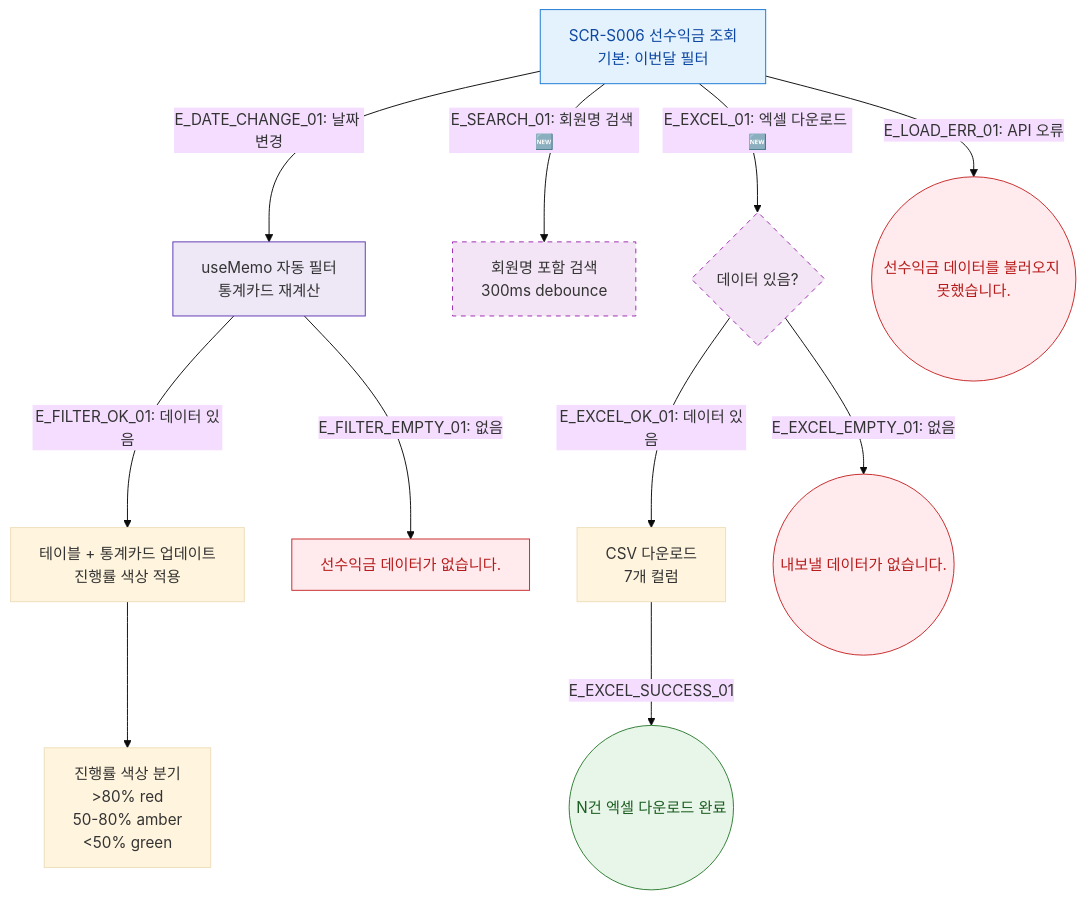
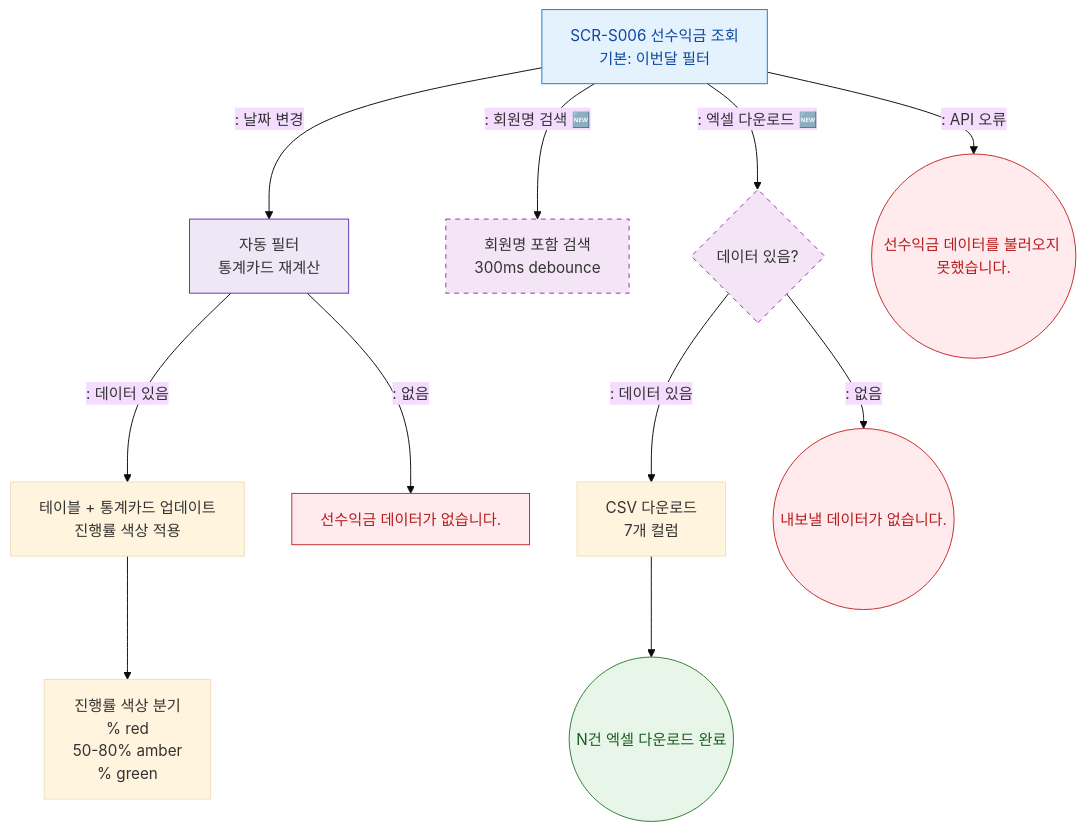
The diagram in docs/다이어그램/D03_매출관리/SCR-S006_선수익금조회/F2_메인.md (dev-spogym/admin-pando), drawn with Mermaid (base theme) before and after one commit. The commit also changed other lines of this file and 1660 other files, not shown here.

First line of the commit message:
다이어그램: 기획자/클라이언트 납품본으로 정리

````diff
--- a/docs/다이어그램/D03_매출관리/SCR-S006_선수익금조회/F2_메인.md
+++ b/docs/다이어그램/D03_매출관리/SCR-S006_선수익금조회/F2_메인.md
@@ -20,31 +18,31 @@
 ```mermaid
 flowchart TD
     S006[SCR-S006 선수익금 조회\n기본: 이번달 필터]
 
-    S006 -->|"E_DATE_CHANGE_01: 날짜 변경"| FILTER_APPLY[useMemo 자동 필터\n통계카드 재계산]
-    S006 -->|"E_SEARCH_01: 회원명 검색 🆕"| SEARCH_FILTER[회원명 포함 검색\n300ms debounce]
-    S006 -->|"E_EXCEL_01: 엑셀 다운로드 🆕"| EXCEL_CHECK{데이터 있음?}
+    S006 -->|": 날짜 변경"|FILTER_APPLY[자동 필터\n통계카드 재계산]
+    S006 -->|": 회원명 검색 🆕"|SEARCH_FILTER[회원명 포함 검색\n300ms debounce]
+    S006 -->|": 엑셀 다운로드 🆕"|EXCEL_CHECK{데이터 있음?}
 
-    FILTER_APPLY -->|"E_FILTER_OK_01: 데이터 있음"| TABLE_UPDATE[테이블 + 통계카드 업데이트\n진행률 색상 적용]
-    FILTER_APPLY -->|"E_FILTER_EMPTY_01: 없음"| EMPTY[선수익금 데이터가 없습니다.]
+    FILTER_APPLY -->|": 데이터 있음"|TABLE_UPDATE[테이블 + 통계카드 업데이트\n진행률 색상 적용]
+    FILTER_APPLY -->|": 없음"|EMPTY[선수익금 데이터가 없습니다.]
 
-    TABLE_UPDATE --> PROGRESS[진행률 색상 분기\n>80% red\n50-80% amber\n<50% green]
+    TABLE_UPDATE --> PROGRESS[진행률 색상 분기\n% red\n50-80% amber\n% green]
 
-    EXCEL_CHECK -->|"E_EXCEL_OK_01: 데이터 있음"| EXCEL_DOWN[CSV 다운로드\n7개 컬럼]
-    EXCEL_CHECK -->|"E_EXCEL_EMPTY_01: 없음"| ERR_EXCEL((내보낼 데이터가 없습니다.))
-    EXCEL_DOWN -->|E_EXCEL_SUCCESS_01| TOAST_EXCEL((N건 엑셀 다운로드 완료))
+    EXCEL_CHECK -->|": 데이터 있음"|EXCEL_DOWN[CSV 다운로드\n7개 컬럼]
+    EXCEL_CHECK -->|": 없음"|ERR_EXCEL((내보낼 데이터가 없습니다.))
+    EXCEL_DOWN --> TOAST_EXCEL((N건 엑셀 다운로드 완료))
 
-    S006 -->|"E_LOAD_ERR_01: API 오류"| ERR_LOAD((선수익금 데이터를 불러오지 못했습니다.))
+    S006 -->|": API 오류"|ERR_LOAD((선수익금 데이터를 불러오지 못했습니다.))
 
     classDef screen fill:#E3F2FD,stroke:#1976D2,color:#0D47A1
     classDef newFeature fill:#F3E5F5,stroke:#9C27B0,stroke-dasharray:5 5
     classDef error fill:#FFEBEE,stroke:#C62828,color:#B71C1C
     classDef success fill:#E8F5E9,stroke:#2E7D32,color:#1B5E20
     classDef system fill:#EDE7F6,stroke:#5E35B2
 
     class S006 screen
     class SEARCH_FILTER,EXCEL_CHECK newFeature
     class EMPTY,ERR_EXCEL,ERR_LOAD error
     class TOAST_EXCEL success
     class FILTER_APPLY system
 ```
````
